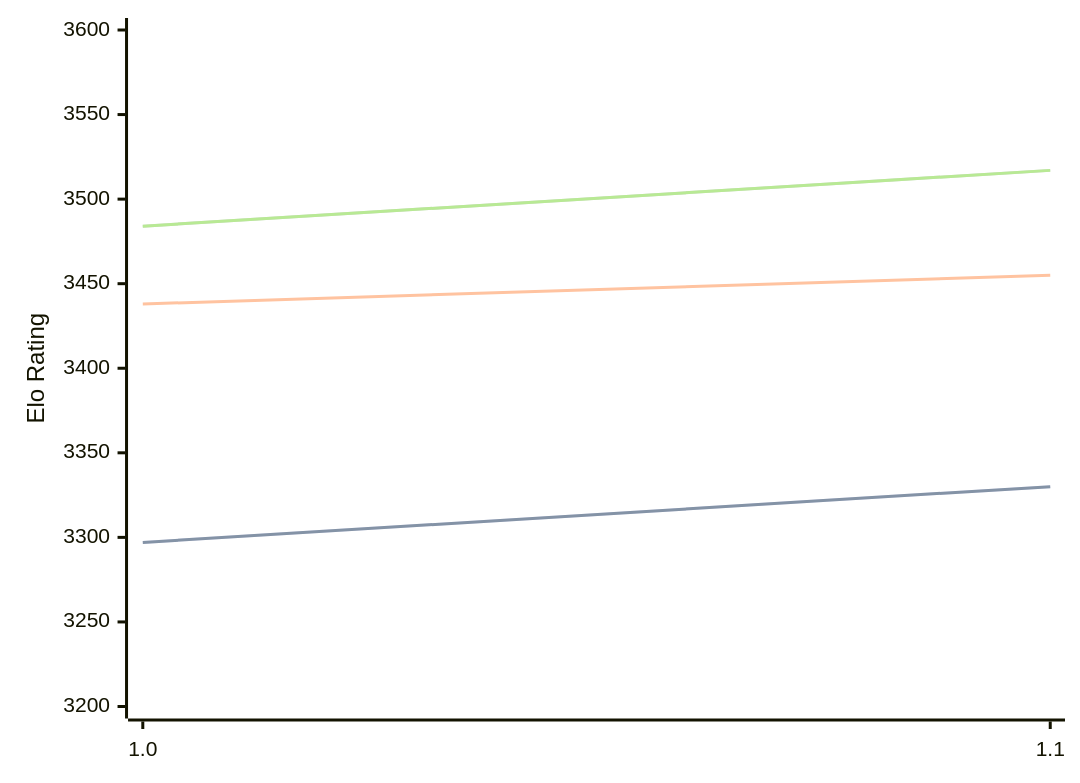
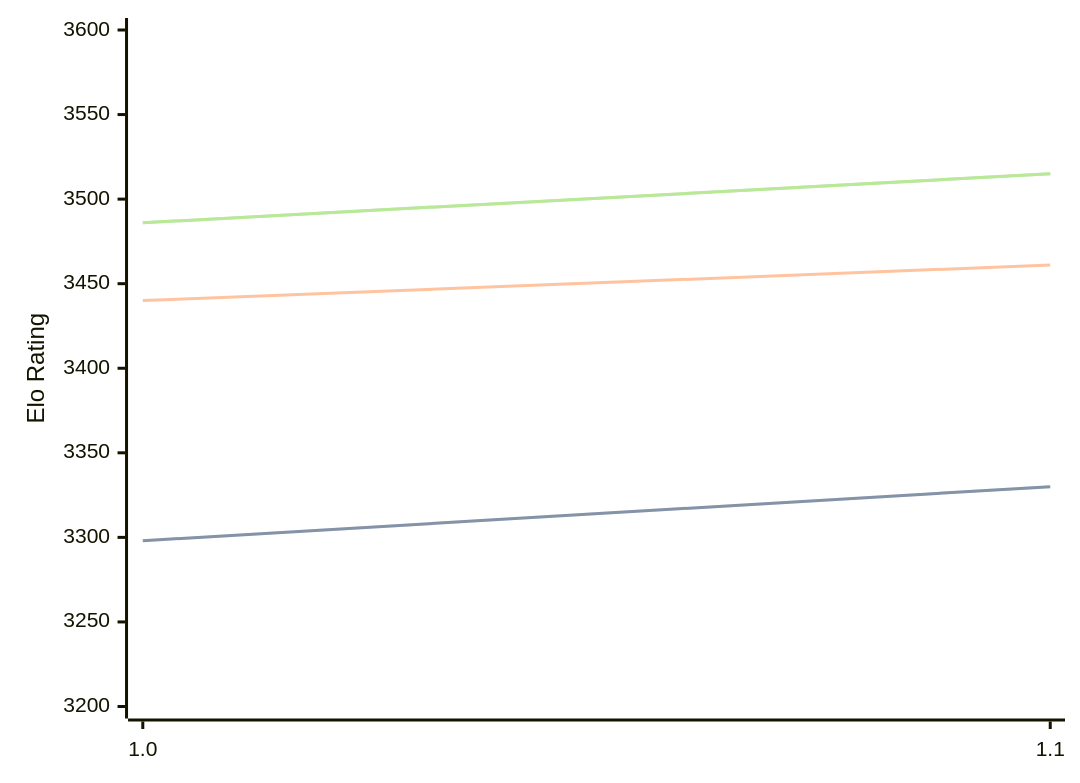
Before and after one commit to computer-chess-index/cci: the diagram in engines/Icarus.md, drawn with Mermaid. The commit also changed other lines of this file, not shown here.

Commit message:
Update CCI Ratings (ELO VLTC) - 2026-06-11

````diff
--- a/engines/Icarus.md
+++ b/engines/Icarus.md
@@ -32,11 +32,11 @@
 ```mermaid
 %%{init: {"theme":"base","themeVariables":{"seriesColors:['#a3a3a3','#222221','#faa371']}}}%%
 xychart-beta
   x-axis ["1.0", "1.1"]
   y-axis "Elo Rating" 3200 --> 3600
-  line "STC (8.0+0.08s)" [3297, 3330]
-  line "STC (8.0+0.08s)" [3297, 3330]
-  line "LTC (60.0+0.60s)" [3438, 3455]
-  line "VLTC (2m24s+1.12s)" [3484, 3517]
-  line "VLTC (2m24s+1.12s)" [3484, 3517]
+  line "STC (8.0+0.08s)" [3298, 3330]
+  line "STC (8.0+0.08s)" [3298, 3330]
+  line "LTC (60.0+0.60s)" [3440, 3461]
+  line "VLTC (2m24s+1.12s)" [3486, 3515]
+  line "VLTC (2m24s+1.12s)" [3486, 3515]
 ```
````
